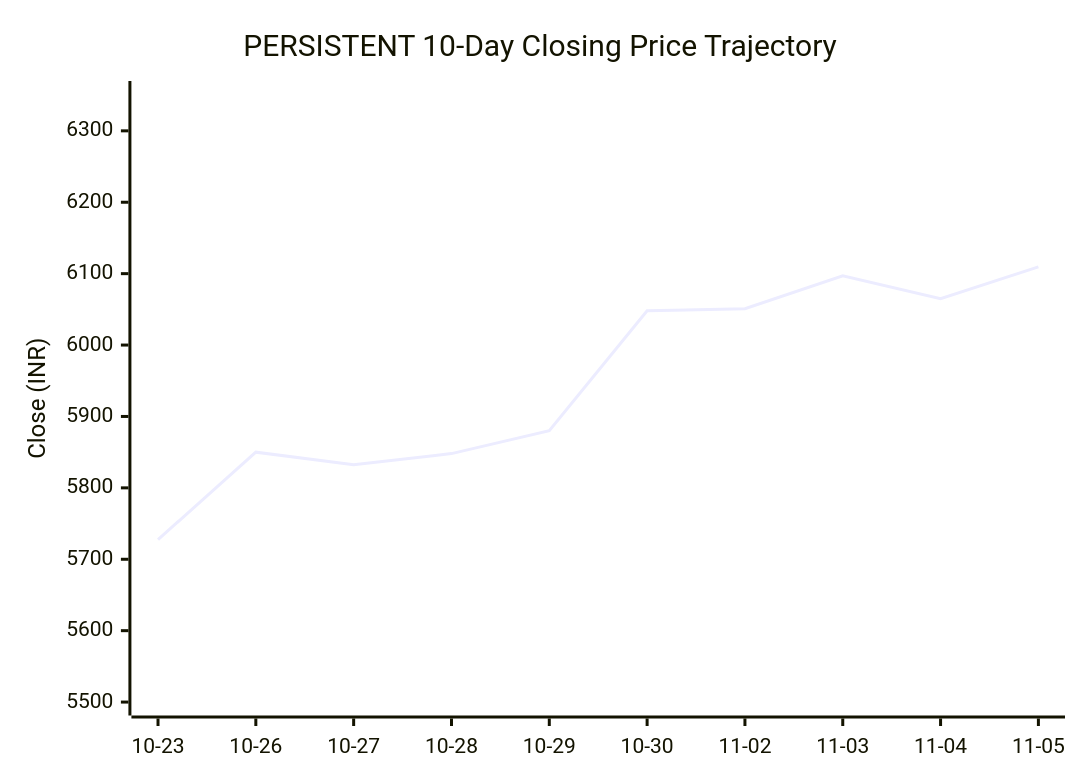
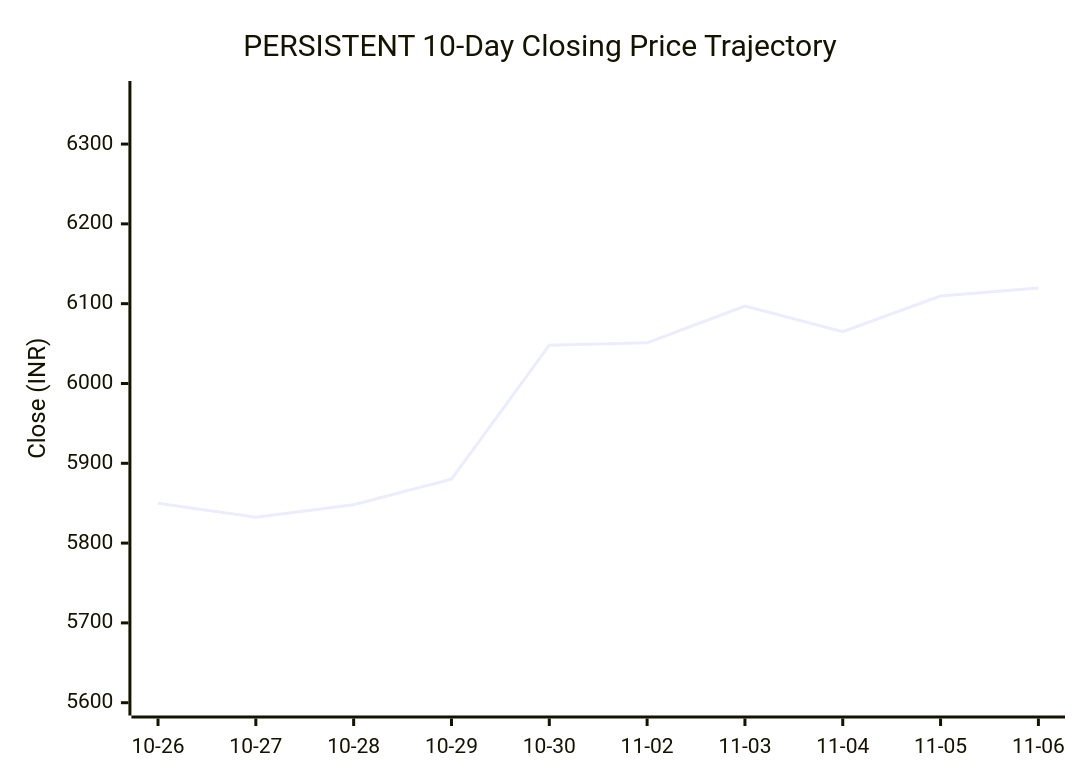
One commit to purnareddy9/dev changed the second of 3 diagrams in market-intelligence/stocks/PERSISTENT/latest.md. Above: the diagram before and after it, drawn with Mermaid. The commit also changed other lines of this file and 4 other files, not shown here.

````diff
--- a/market-intelligence/stocks/PERSISTENT/latest.md
+++ b/market-intelligence/stocks/PERSISTENT/latest.md
@@ -65,7 +95,7 @@
 ```mermaid
 xychart-beta
     title "PERSISTENT 10-Day Closing Price Trajectory"
-    x-axis ["10-23", "10-26", "10-27", "10-28", "10-29", "10-30", "11-02", "11-03", "11-04", "11-05"]
-    y-axis "Close (INR)" 5498 --> 6353
-    line [5727.5, 5850.0, 5832.5, 5848.0, 5880.0, 6048.0, 6051.0, 6097.0, 6065.0, 6109.5]
+    x-axis ["10-26", "10-27", "10-28", "10-29", "10-30", "11-02", "11-03", "11-04", "11-05", "11-06"]
+    y-axis "Close (INR)" 5599 --> 6364
+    line [5850.0, 5832.5, 5848.0, 5880.0, 6048.0, 6051.0, 6097.0, 6065.0, 6109.5, 6119.5]
 ```
````
